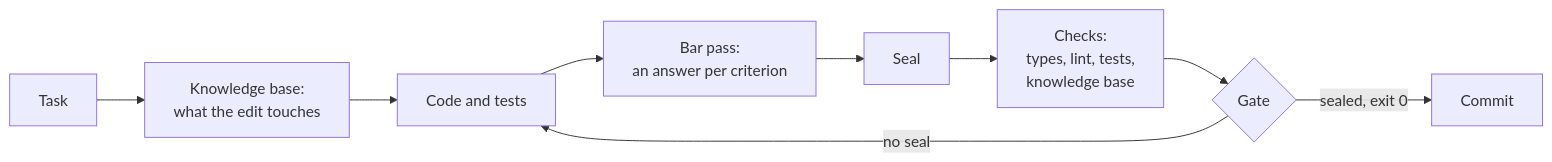
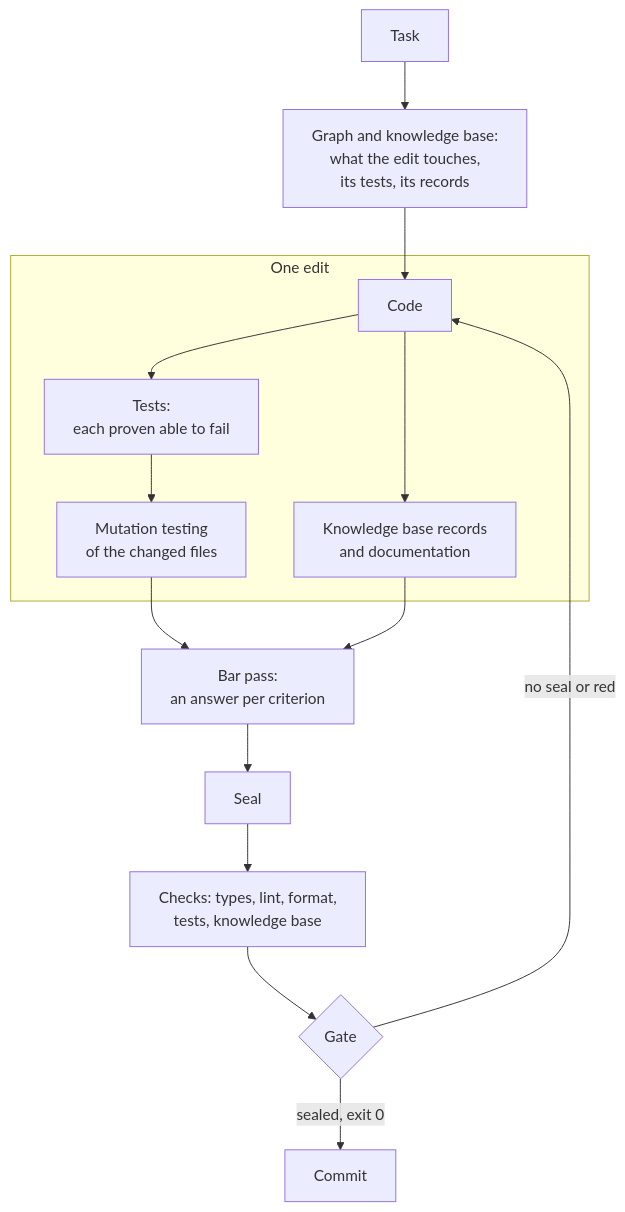
Before and after one commit to Igor-lx/claudeHarness: the first of 2 diagrams in README.md, drawn with Mermaid. The commit also changed other lines of this file and 1 other file, not shown here.

First line of the commit message:
docs(readme): name the frontend stack and how the harness knows the code

````diff
--- a/README.md
+++ b/README.md
@@ -84,11 +99,17 @@
 ```mermaid
-flowchart LR
-  A[Task] --> B[Knowledge base:<br>what the edit touches]
-  B --> C[Code and tests]
-  C --> D[Bar pass:<br>an answer per criterion]
-  D --> E[Seal]
-  E --> F[Checks:<br>types, lint, tests,<br>knowledge base]
-  F --> G{Gate}
-  G -- sealed, exit 0 --> H[Commit]
-  G -- no seal --> C
+flowchart TD
+  A[Task] --> B["Graph and knowledge base:<br>what the edit touches,<br>its tests, its records"]
+  B --> C[Code]
+  subgraph edit [One edit]
+    C --> T["Tests:<br>each proven able to fail"]
+    C --> R["Knowledge base records<br>and documentation"]
+    T --> M["Mutation testing<br>of the changed files"]
+  end
+  M --> P["Bar pass:<br>an answer per criterion"]
+  R --> P
+  P --> S[Seal]
+  S --> K["Checks: types, lint, format,<br>tests, knowledge base"]
+  K --> G{Gate}
+  G -- "sealed, exit 0" --> H[Commit]
+  G -- "no seal or red" --> C
 ```
````
